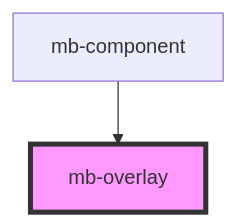
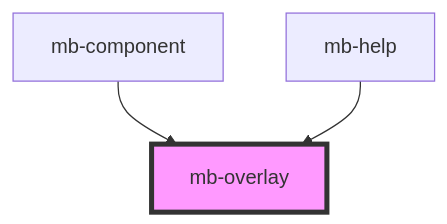
The diagram in ui/docs/components/shared/mb-overlay/readme.md (blinkcard/blinkcard-in-browser), drawn with Mermaid before and after one commit. The commit also changed other lines of this file and 86 other files, not shown here.

````diff
--- a/ui/docs/components/shared/mb-overlay/readme.md
+++ b/ui/docs/components/shared/mb-overlay/readme.md
@@ -23,5 +24,6 @@
 ```mermaid
 graph TD;
   mb-component --> mb-overlay
+  mb-help --> mb-overlay
   style mb-overlay fill:#f9f,stroke:#333,stroke-width:4px
 ```
````
